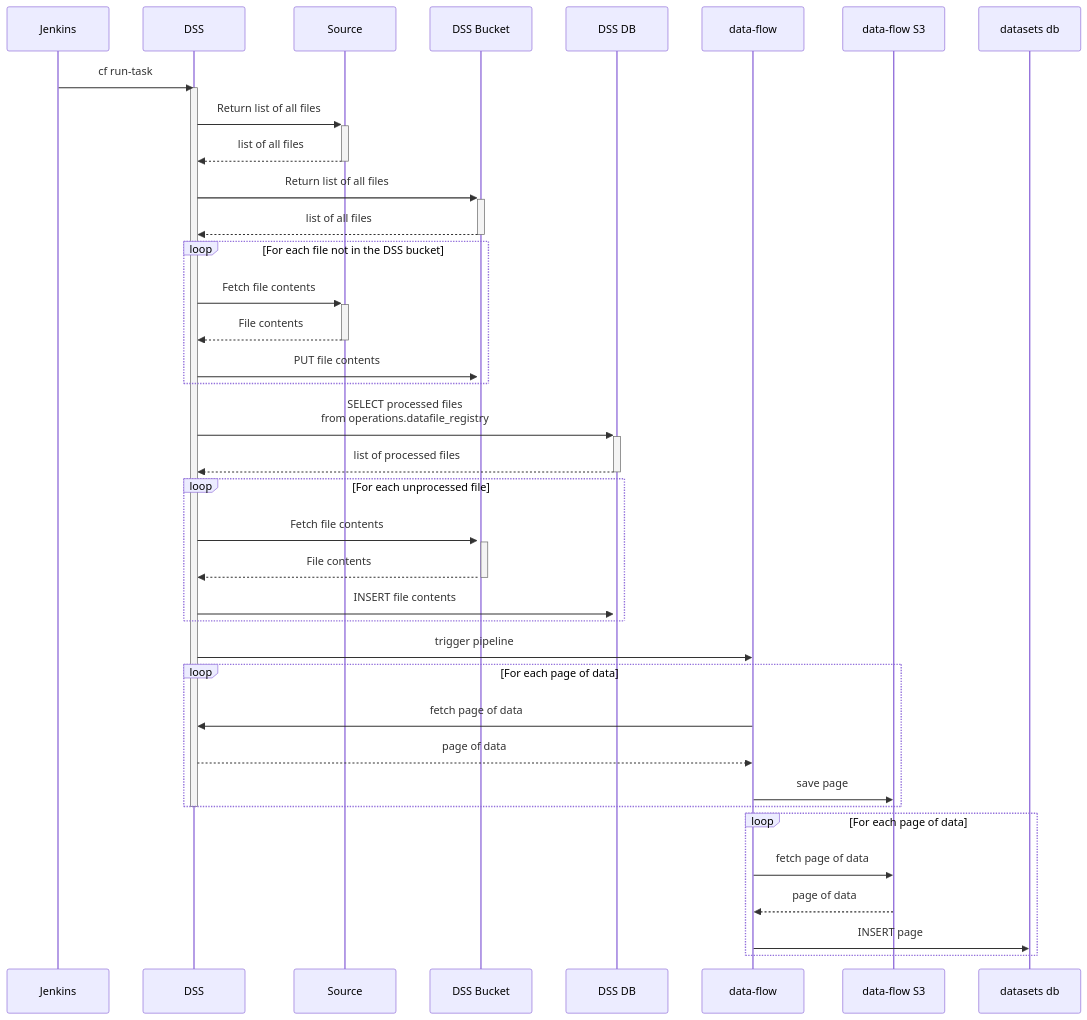
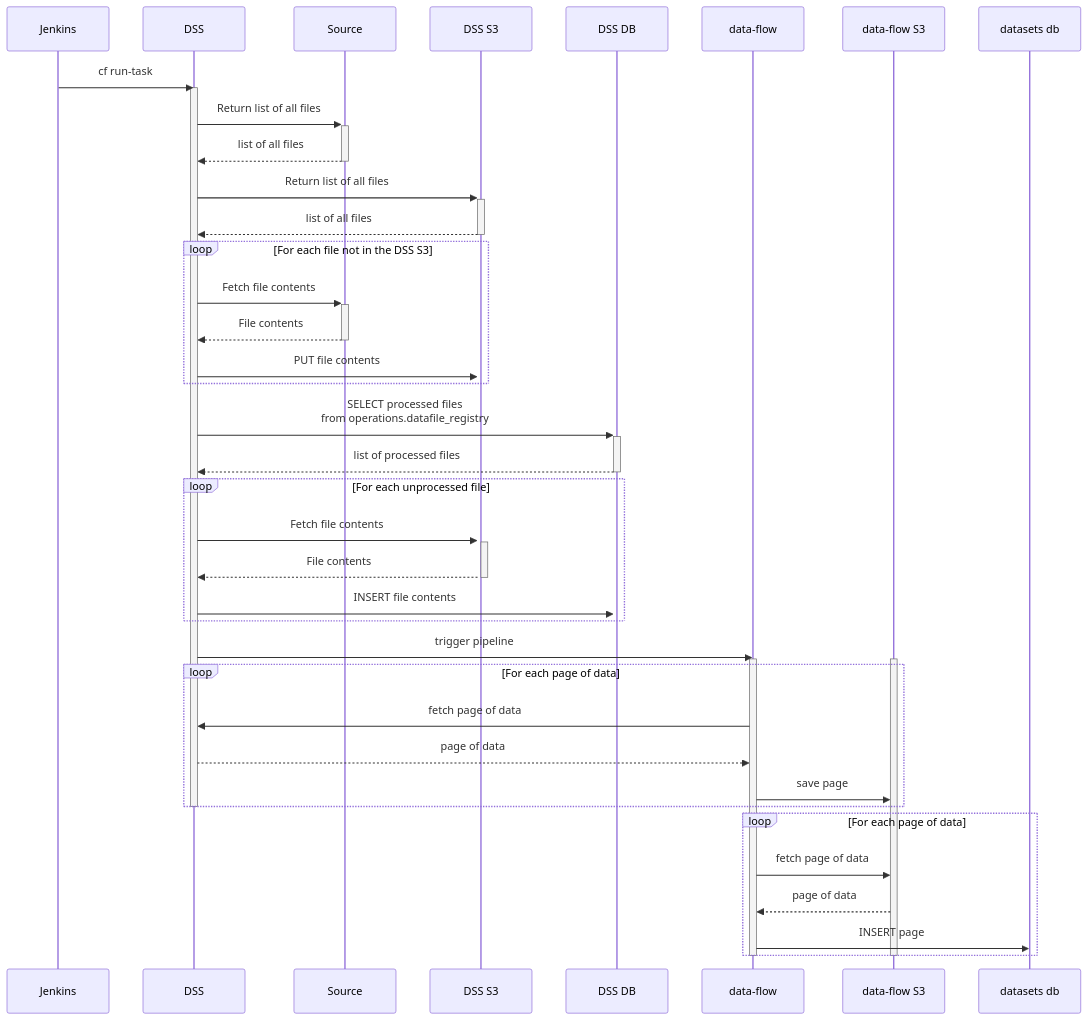
Before and after one commit to uktrade/data-store-service: the diagram in README.md, drawn with Mermaid.

Commit message:
docs: tidy sequence diagram

````diff
--- a/README.md
+++ b/README.md
@@ -10,37 +10,43 @@
 ```mermaid
 sequenceDiagram
     Jenkins ->> DSS: cf run-task
     activate DSS
     DSS ->>+ Source: Return list of all files
     Source -->>- DSS: list of all files
-    DSS ->>+ DSS Bucket: Return list of all files
-    DSS Bucket -->>- DSS: list of all files
-    loop For each file not in the DSS bucket
+    DSS ->>+ DSS S3: Return list of all files
+    DSS S3 -->>- DSS: list of all files
+    loop For each file not in the DSS S3
       DSS ->>+ Source: Fetch file contents
       Source -->>- DSS: File contents
-      DSS ->>+ DSS Bucket: PUT file contents
+      DSS ->>+ DSS S3: PUT file contents
     end
 
     DSS ->>+ DSS DB: SELECT processed files <br>from operations.datafile_registry
     DSS DB -->>- DSS: list of processed files
 
     loop For each unprocessed file
-      DSS ->>+ DSS Bucket: Fetch file contents
-      DSS Bucket -->>- DSS: File contents
+      DSS ->>+ DSS S3: Fetch file contents
+      DSS S3 -->>- DSS: File contents
       DSS ->>+ DSS DB: INSERT file contents
     end
 
     DSS ->> data-flow: trigger pipeline
+    activate data-flow
+    activate data-flow S3
+
     loop For each page of data
        data-flow ->> DSS: fetch page of data
        DSS -->> data-flow: page of data
        data-flow ->> data-flow S3: save page
     end
     deactivate DSS
 
     loop For each page of data
        data-flow ->> data-flow S3: fetch page of data
        data-flow S3 -->> data-flow: page of data
        data-flow ->> datasets db: INSERT page
-     end
+    end
+
+    deactivate data-flow
+    deactivate data-flow S3
 ```
````
